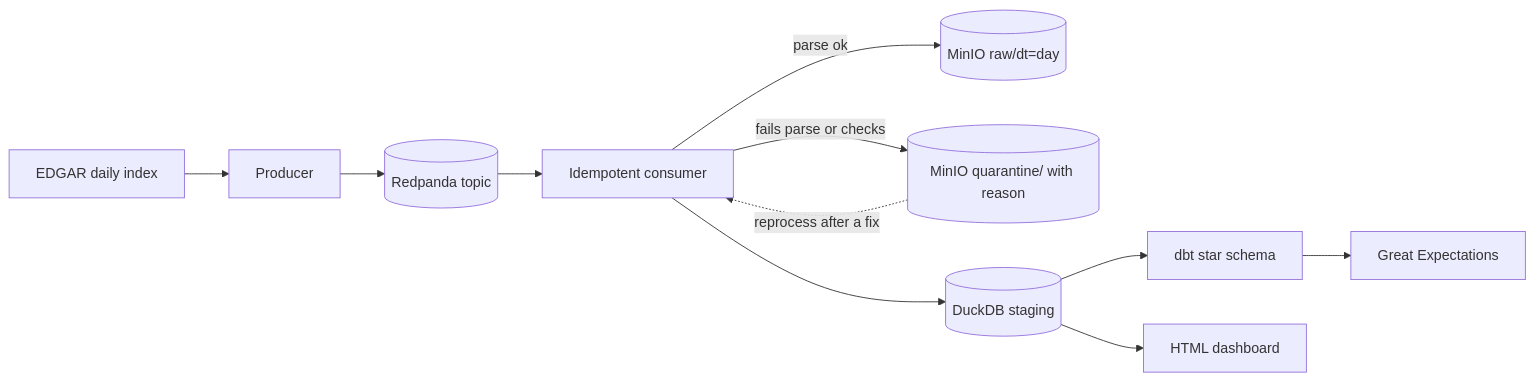
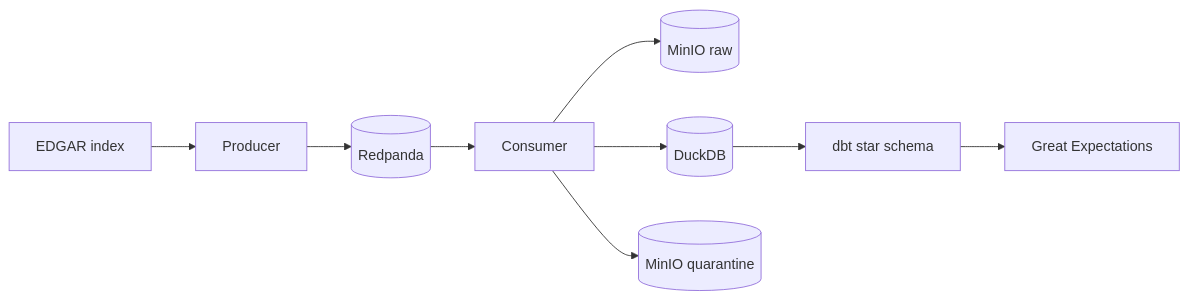
The diagram in README.md (Srijareddy123/edgar-stream), drawn with Mermaid before and after one commit. The commit also changed other lines of this file and 2 other files, not shown here.

````diff
--- a/README.md
+++ b/README.md
@@ -25,13 +22,6 @@
 ```mermaid
 flowchart LR
-  A[EDGAR daily index] --> B[Producer]
-  B --> C[(Redpanda topic)]
-  C --> D[Idempotent consumer]
-  D -->|parse ok| E[(MinIO raw/dt=day)]
-  D -->|fails parse or checks| Q[(MinIO quarantine/ with reason)]
-  D --> F[(DuckDB staging)]
-  F --> G[dbt star schema]
-  G --> H[Great Expectations]
-  F --> I[HTML dashboard]
-  Q -.->|reprocess after a fix| D
+  A[EDGAR index] --> B[Producer] --> C[(Redpanda)] --> D[Consumer]
+  D --> E[(MinIO raw)] & F[(DuckDB)] & Q[(MinIO quarantine)]
+  F --> G[dbt star schema] --> H[Great Expectations]
 ```
````
